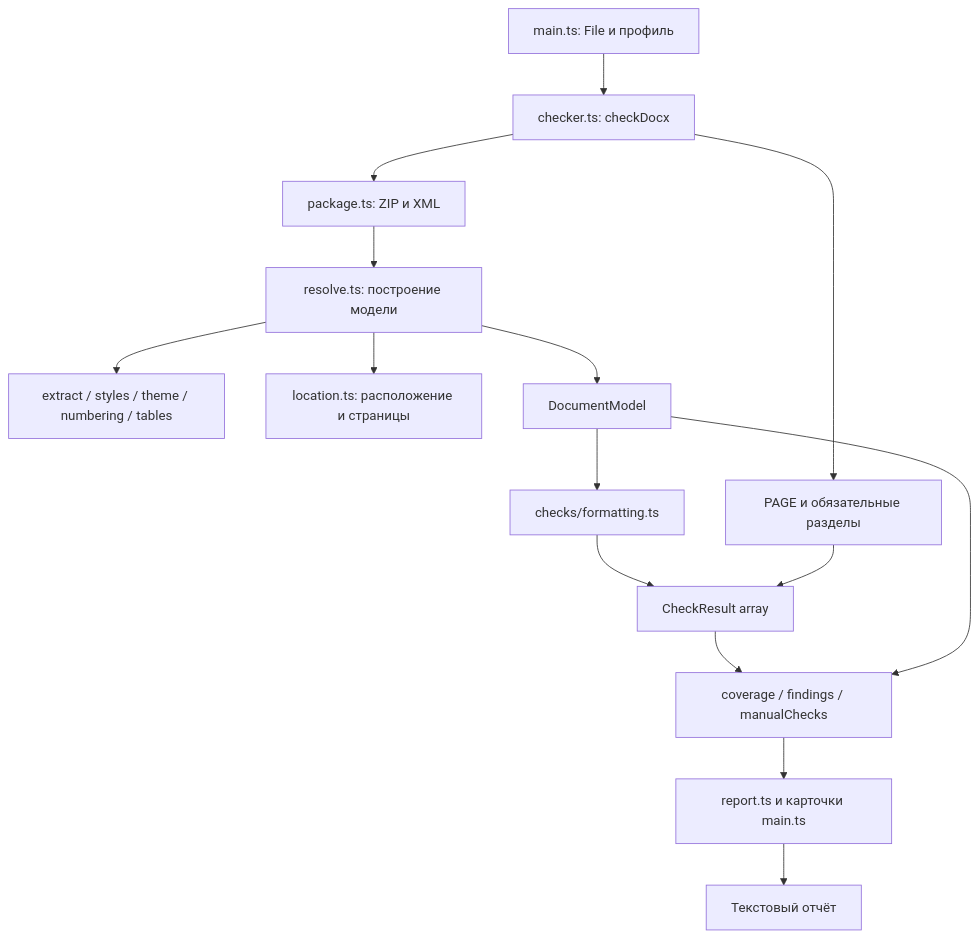
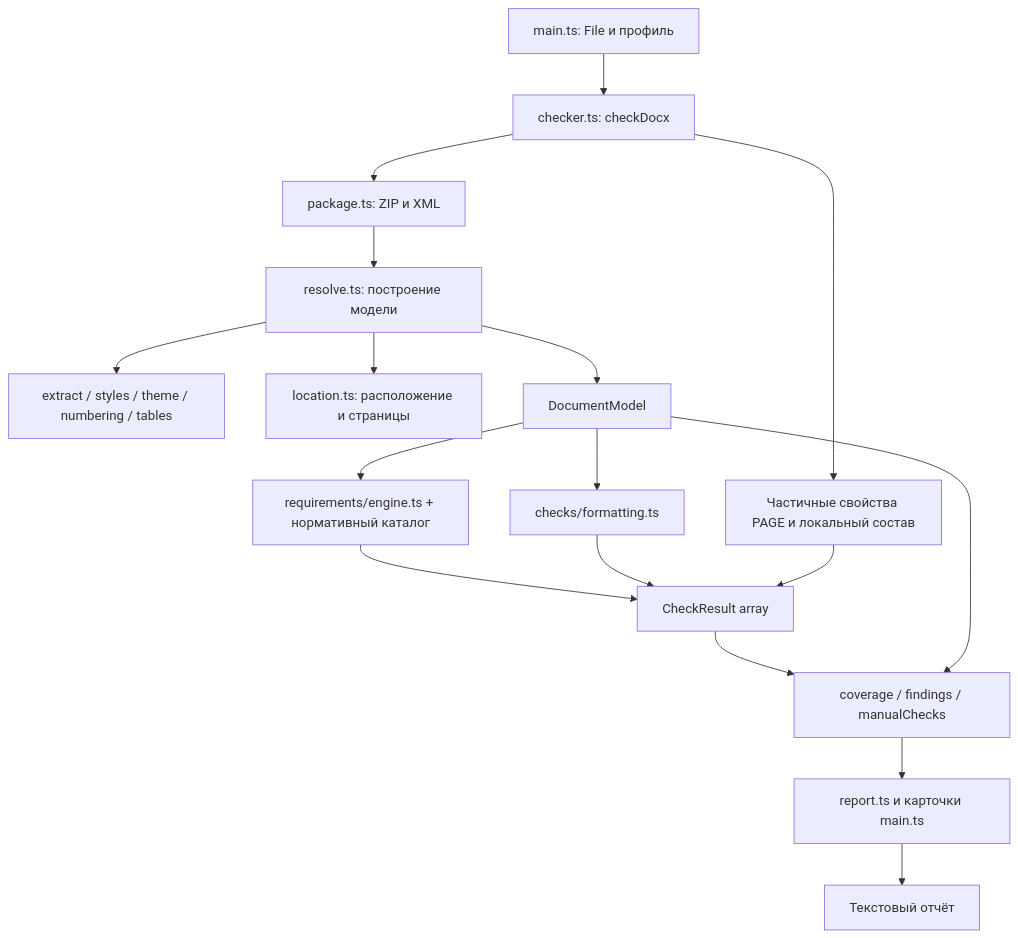
Before and after one commit to Giposfila/DockCheck: the diagram in ARCHITECTURE.md, drawn with Mermaid. The commit also changed other lines of this file and 25 other files, not shown here.

Commit message:
feat: add STU requirements catalog and versioned work profiles

````diff
--- a/ARCHITECTURE.md
+++ b/ARCHITECTURE.md
@@ -83,17 +85,19 @@
 ```mermaid
 flowchart TD
     UI[main.ts: File и профиль] --> API[checker.ts: checkDocx]
     API --> OPC[package.ts: ZIP и XML]
     OPC --> RESOLVE[resolve.ts: построение модели]
     RESOLVE --> HELPERS[extract / styles / theme / numbering / tables]
     RESOLVE --> LOC[location.ts: расположение и страницы]
     RESOLVE --> MODEL[DocumentModel]
     MODEL --> RULES[checks/formatting.ts]
-    API --> EXTRA[PAGE и обязательные разделы]
+    MODEL --> CATALOG[requirements/engine.ts + нормативный каталог]
+    CATALOG --> RESULTS
+    API --> EXTRA[Частичные свойства PAGE и локальный состав]
     RULES --> RESULTS[CheckResult array]
     EXTRA --> RESULTS
     RESULTS --> REPORT[coverage / findings / manualChecks]
     MODEL --> REPORT
     REPORT --> PRESENT[report.ts и карточки main.ts]
     PRESENT --> EXPORT[Текстовый отчёт]
 ```
````
